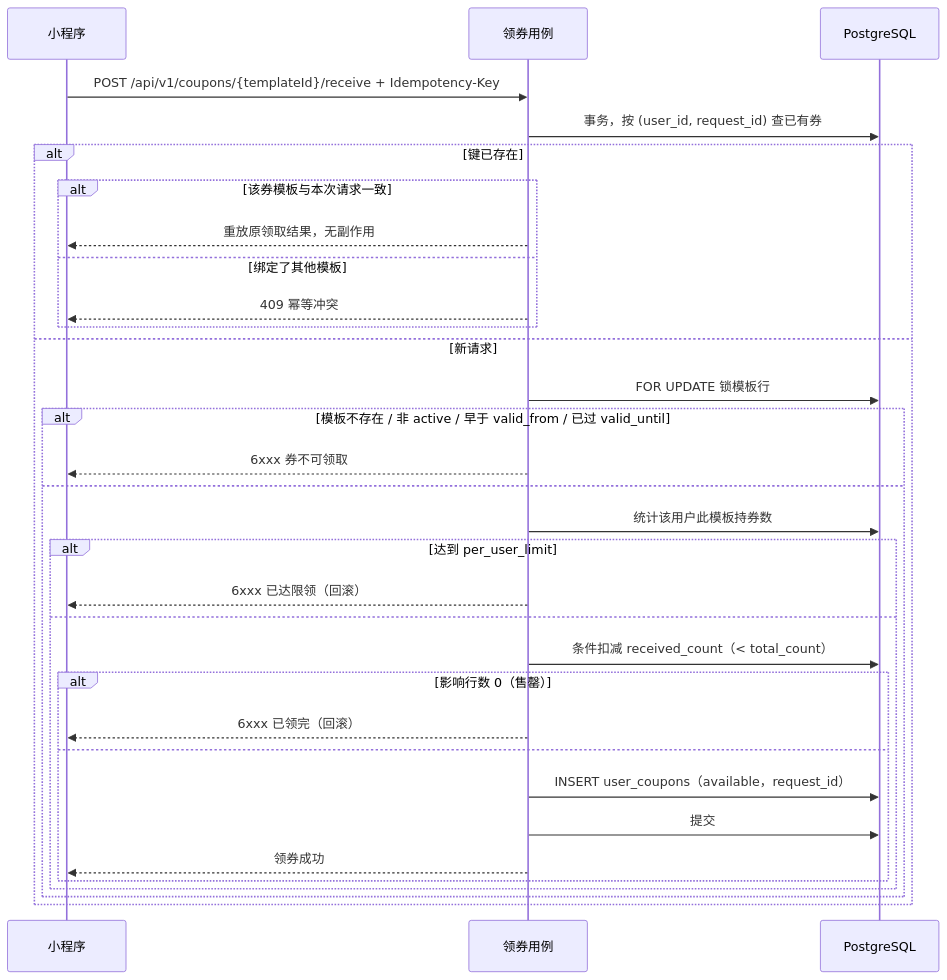
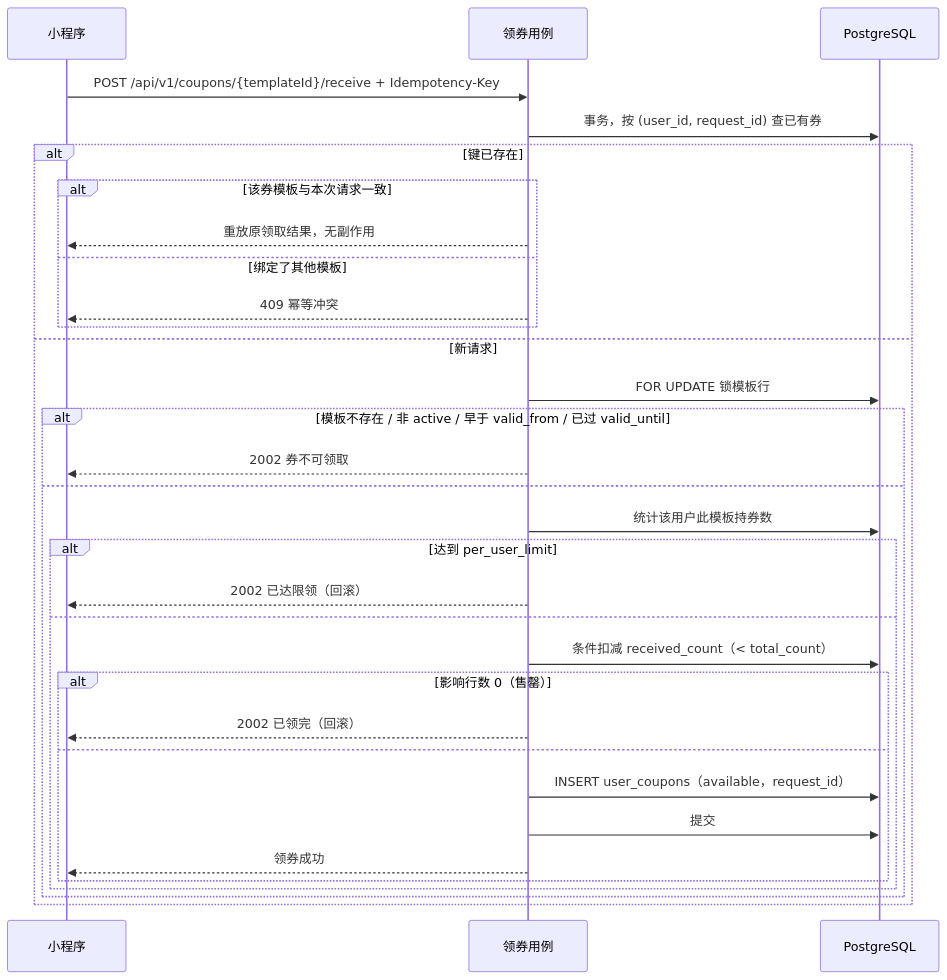
The fourth of 7 diagrams in docs/architecture/07-coupon-pay-lifecycle.md (RBowind/shop-mall), drawn with Mermaid before and after one commit. The commit also changed other lines of this file and 46 other files, not shown here.

````diff
--- a/docs/architecture/07-coupon-pay-lifecycle.md
+++ b/docs/architecture/07-coupon-pay-lifecycle.md
@@ -208,35 +208,35 @@
 ```mermaid
 sequenceDiagram
     participant M as 小程序
     participant U as 领券用例
     participant DB as PostgreSQL
 
     M->>U: POST /api/v1/coupons/{templateId}/receive + Idempotency-Key
     U->>DB: 事务，按 (user_id, request_id) 查已有券
     alt 键已存在
         alt 该券模板与本次请求一致
             U-->>M: 重放原领取结果，无副作用
         else 绑定了其他模板
             U-->>M: 409 幂等冲突
         end
     else 新请求
         U->>DB: FOR UPDATE 锁模板行
         alt 模板不存在 / 非 active / 早于 valid_from / 已过 valid_until
-            U-->>M: 6xxx 券不可领取
+            U-->>M: 2002 券不可领取
         else
             U->>DB: 统计该用户此模板持券数
             alt 达到 per_user_limit
-                U-->>M: 6xxx 已达限领（回滚）
+                U-->>M: 2002 已达限领（回滚）
             else
                 U->>DB: 条件扣减 received_count（< total_count）
                 alt 影响行数 0（售罄）
-                    U-->>M: 6xxx 已领完（回滚）
+                    U-->>M: 2002 已领完（回滚）
                 else
                     U->>DB: INSERT user_coupons（available，request_id）
                     U->>DB: 提交
                     U-->>M: 领券成功
                 end
             end
         end
     end
 ```
````
